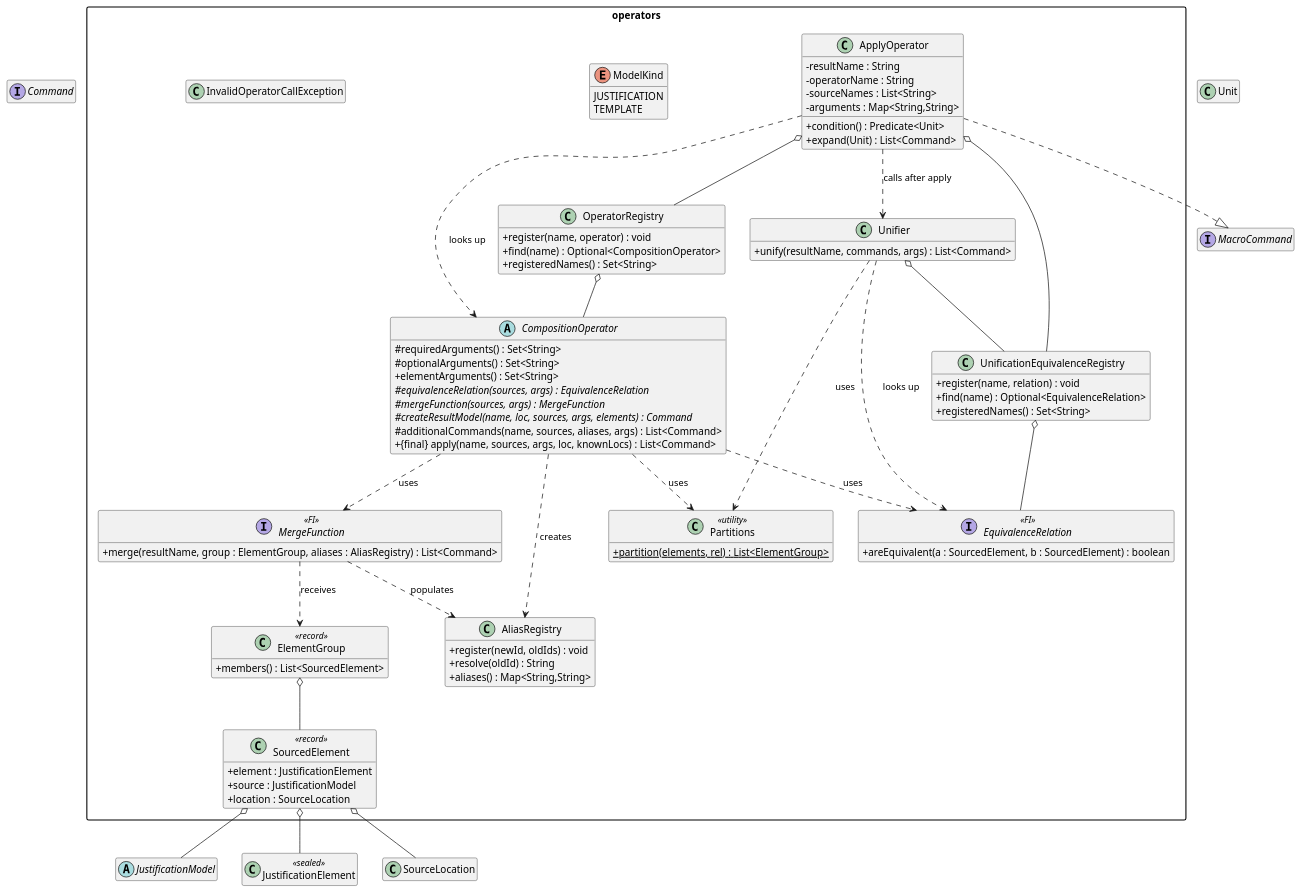
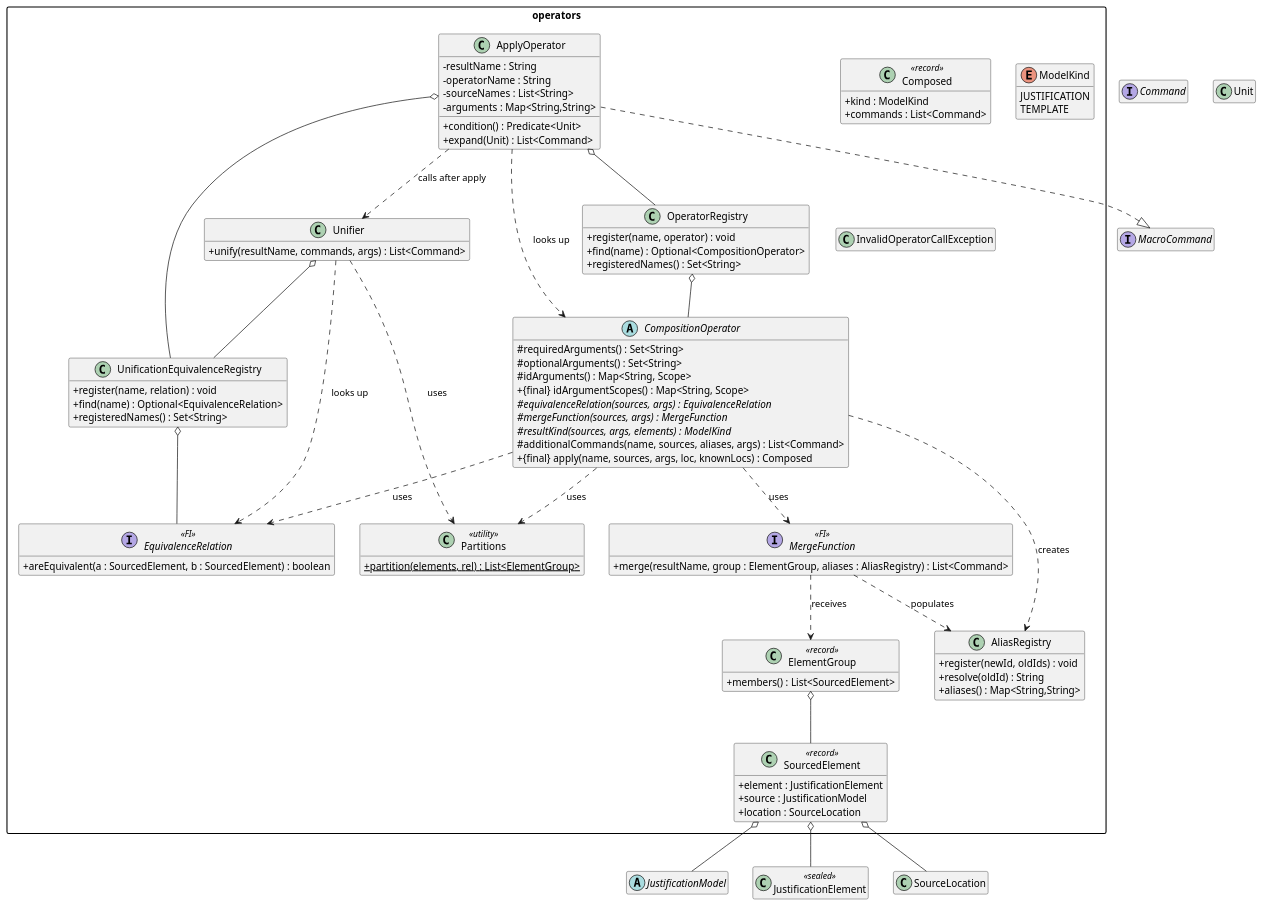
Before and after one commit to jpipe-mcscert/jpipe-compiler: the first of 3 diagrams in docs/design/operators.md, drawn with PlantUML. The commit also changed other lines of this file and 21 other files, not shown here.

First line of the commit message:
refactor: bind ids and scope operator id arguments in one place each (#215)

```diff
--- a/docs/design/operators.md
+++ b/docs/design/operators.md
@@ -158,12 +158,18 @@
   abstract class CompositionOperator {
     # requiredArguments() : Set<String>
     # optionalArguments() : Set<String>
-    + elementArguments() : Set<String>
+    # idArguments() : Map<String, Scope>
+    + {final} idArgumentScopes() : Map<String, Scope>
     # {abstract} equivalenceRelation(sources, args) : EquivalenceRelation
     # {abstract} mergeFunction(sources, args) : MergeFunction
-    # {abstract} createResultModel(name, loc, sources, args, elements) : Command
+    # {abstract} resultKind(sources, args, elements) : ModelKind
     # additionalCommands(name, sources, aliases, args) : List<Command>
-    + {final} apply(name, sources, args, loc, knownLocs) : List<Command>
+    + {final} apply(name, sources, args, loc, knownLocs) : Composed
+  }
+
+  class Composed <<record>> {
+    + kind : ModelKind
+    + commands : List<Command>
   }
 
   interface EquivalenceRelation <<FI>> {
```
